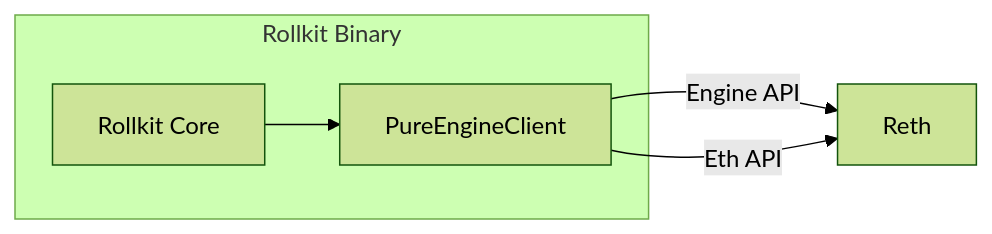
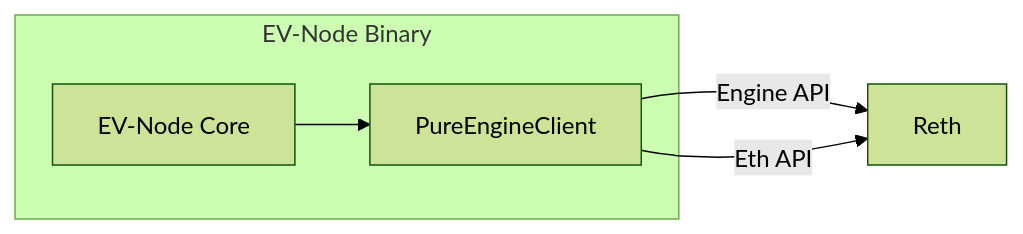
One commit to evstack/ev-node changed the diagram in execution/evm/README.md. Above: the diagram before and after it, drawn with Mermaid (forest theme). The commit also changed other lines of this file and 47 other files, not shown here.

Commit message:
Update more rollkit to evolve node naming changes

````diff
--- a/execution/evm/README.md
+++ b/execution/evm/README.md
@@ -90,13 +90,13 @@
 ```mermaid
 graph LR
-    subgraph Rollkit Binary
-        RollkitCore[Rollkit Core]
+    subgraph EV-Node Binary
+        evNodeCore[EV-Node Core]
         PureEngineClient[PureEngineClient]
     end
 
     %% Connections
-    RollkitCore --> PureEngineClient
+    evNodeCore --> PureEngineClient
     PureEngineClient -->|Engine API| Reth
     PureEngineClient -->|Eth API| Reth
 
 ```
````
